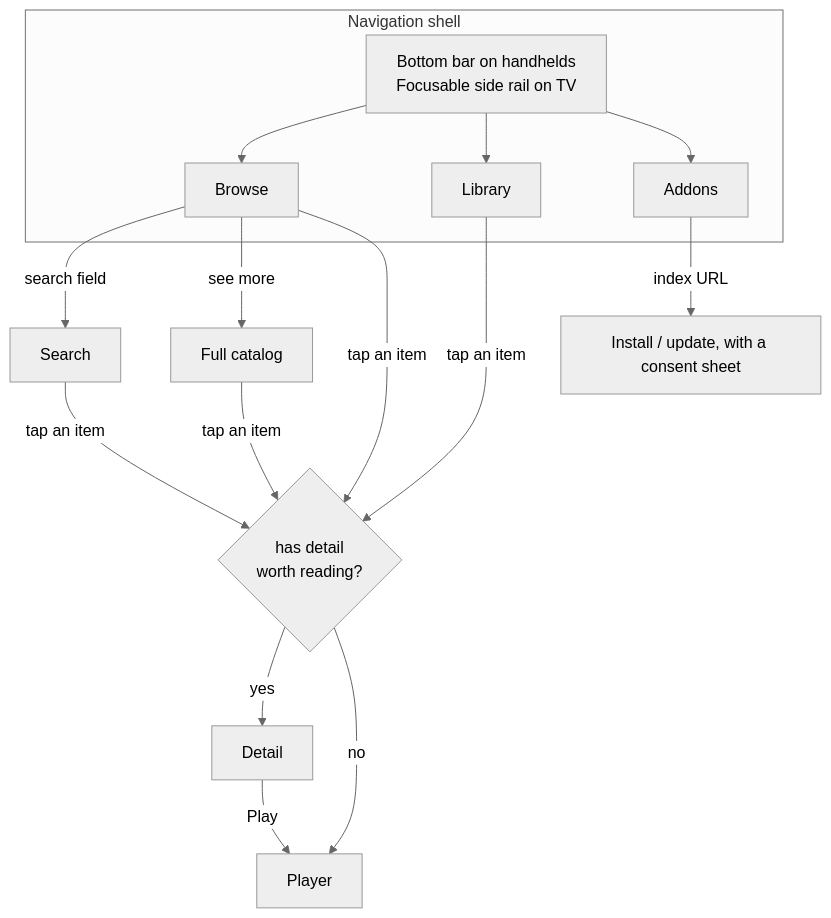
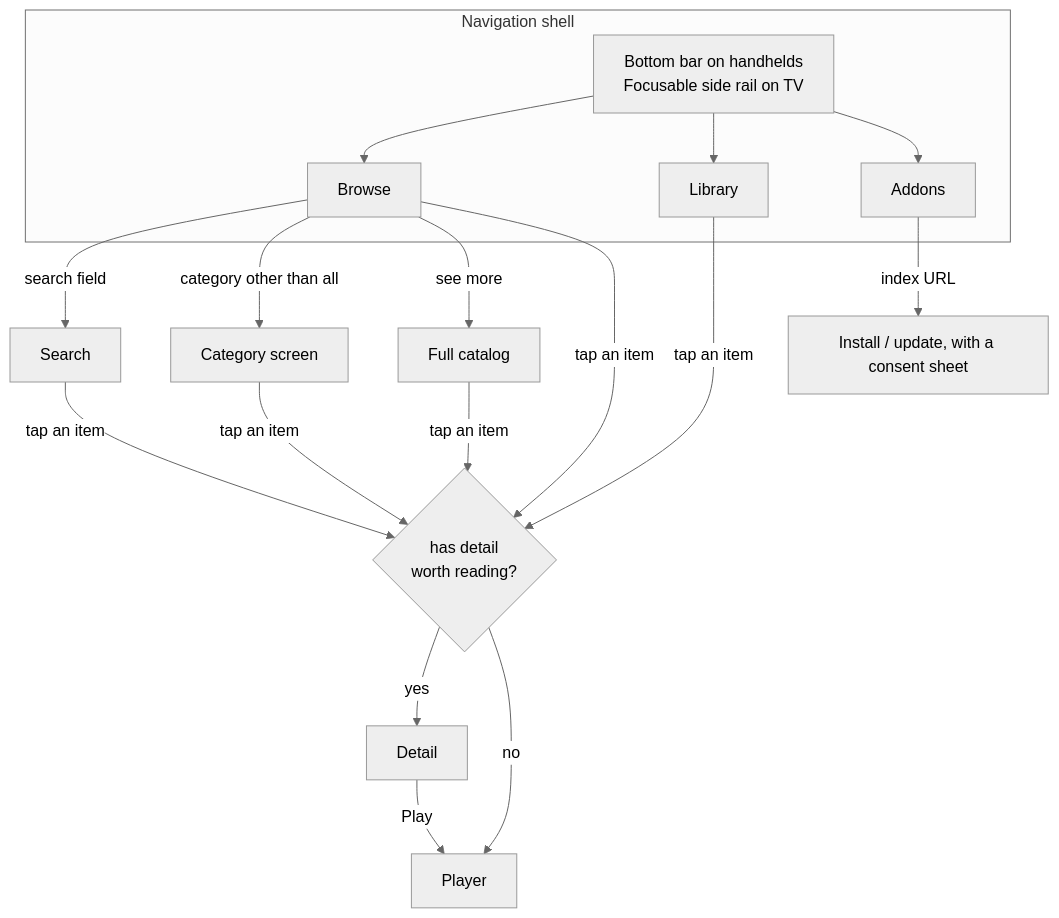
Before and after one commit to nimbusfvck/fvcksubs: the second of 6 diagrams in docs/06-app-layer.md, drawn with Mermaid (neutral theme). The commit also changed other lines of this file and 12 other files, not shown here.

````diff
--- a/docs/06-app-layer.md
+++ b/docs/06-app-layer.md
@@ -51,17 +52,18 @@
 ```mermaid
 flowchart TB
     subgraph SHELL["Navigation shell"]
         NAV["Bottom bar on handhelds<br/>Focusable side rail on TV"]
         NAV --> B["Browse"]
         NAV --> L["Library"]
         NAV --> A["Addons"]
     end
 
     B -->|search field| S["Search"]
+    B -->|category other than all| CP["Category screen"]
     B -->|see more| CV["Full catalog"]
-    B & S & CV & L -->|tap an item| RT{"has detail<br/>worth reading?"}
+    B & CP & S & CV & L -->|tap an item| RT{"has detail<br/>worth reading?"}
     RT -->|yes| D["Detail"]
     RT -->|no| P["Player"]
     D -->|Play| P
     A -->|index URL| I["Install / update, with a consent sheet"]
 ```
````
